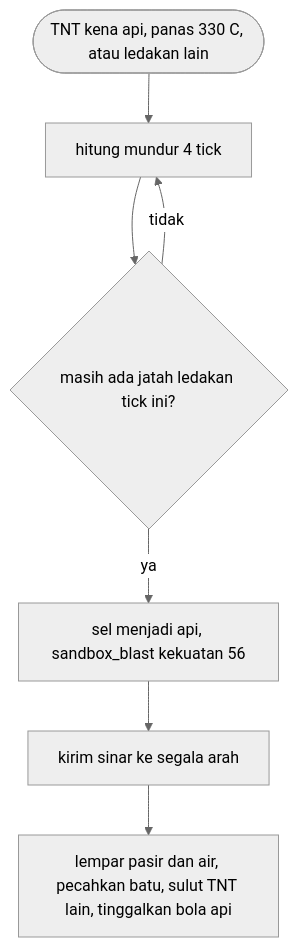
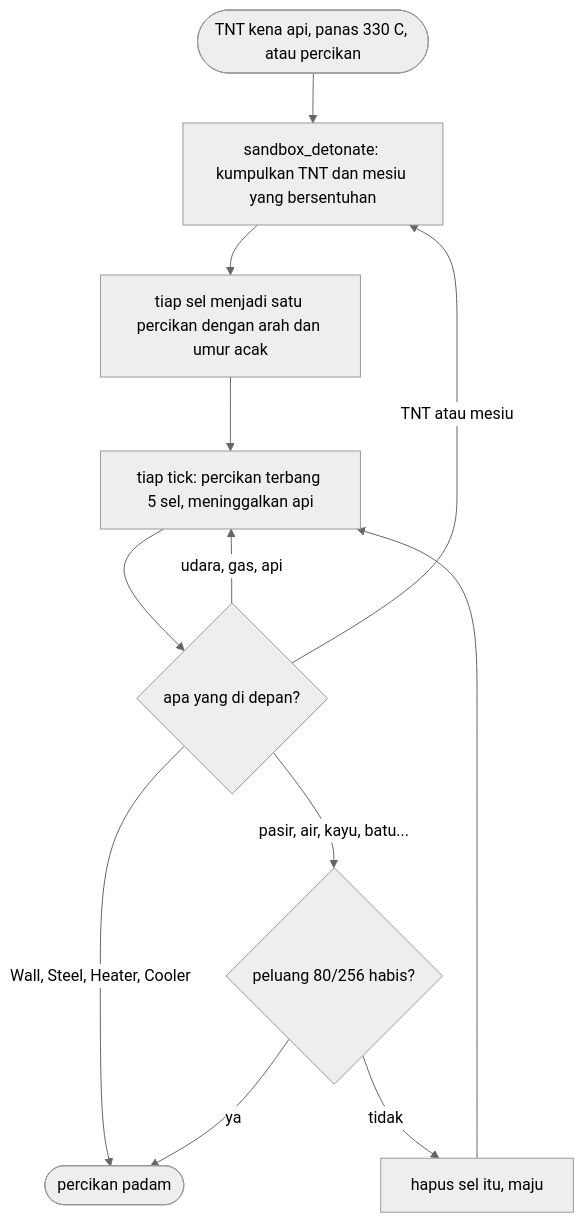
The second of 3 diagrams in deferred/sandbox/GAME.md (zaxx-q/arCade), drawn with Mermaid (neutral theme) before and after one commit. The commit also changed other lines of this file and 27 other files, not shown here.

````diff
--- a/deferred/sandbox/GAME.md
+++ b/deferred/sandbox/GAME.md
@@ -366,9 +413,13 @@
 ```mermaid
 flowchart TD
-    A([TNT kena api, panas 330 C, atau ledakan lain]) --> B["hitung mundur 4 tick"]
-    B --> C{"masih ada jatah ledakan tick ini?"}
-    C -- tidak --> B
-    C -- ya --> D["sel menjadi api, sandbox_blast kekuatan 56"]
-    D --> E["kirim sinar ke segala arah"]
-    E --> F["lempar pasir dan air, pecahkan batu, sulut TNT lain, tinggalkan bola api"]
+    A([TNT kena api, panas 330 C, atau percikan]) --> B["sandbox_detonate: kumpulkan TNT dan mesiu yang bersentuhan"]
+    B --> C["tiap sel menjadi satu percikan dengan arah dan umur acak"]
+    C --> D["tiap tick: percikan terbang 5 sel, meninggalkan api"]
+    D --> E{"apa yang di depan?"}
+    E -- "udara, gas, api" --> D
+    E -- "Wall, Steel, Heater, Cooler" --> G([percikan padam])
+    E -- "TNT atau mesiu" --> B
+    E -- "pasir, air, kayu, batu..." --> F{"peluang 80/256 habis?"}
+    F -- ya --> G
+    F -- tidak --> H["hapus sel itu, maju"] --> D
 ```
````
